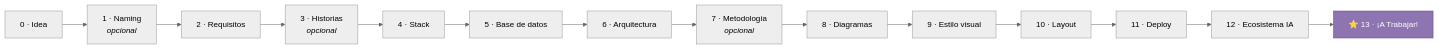
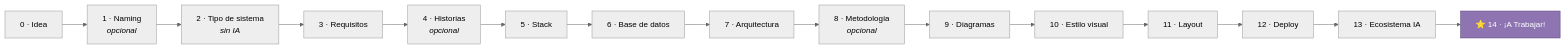
The diagram in README.md (Ju4mpizel/dev-idea), drawn with Mermaid (neutral theme) before and after one commit. The commit also changed other lines of this file and 25 other files, not shown here.

````diff
--- a/README.md
+++ b/README.md
@@ -62,18 +64,19 @@
 ```mermaid
 flowchart LR
     A["0 · Idea"] --> B["1 · Naming<br/><i>opcional</i>"]
-    B --> C["2 · Requisitos"]
-    C --> D["3 · Historias<br/><i>opcional</i>"]
-    D --> E["4 · Stack"]
-    E --> F["5 · Base de datos"]
-    F --> G["6 · Arquitectura"]
-    G --> H["7 · Metodología<br/><i>opcional</i>"]
-    H --> I["8 · Diagramas"]
-    I --> J["9 · Estilo visual"]
-    J --> K["10 · Layout"]
-    K --> L["11 · Deploy"]
-    L --> M["12 · Ecosistema IA"]
-    M --> N["⭐ 13 · ¡A Trabajar!"]
+    B --> S["2 · Tipo de sistema<br/><i>sin IA</i>"]
+    S --> C["3 · Requisitos"]
+    C --> D["4 · Historias<br/><i>opcional</i>"]
+    D --> E["5 · Stack"]
+    E --> F["6 · Base de datos"]
+    F --> G["7 · Arquitectura"]
+    G --> H["8 · Metodología<br/><i>opcional</i>"]
+    H --> I["9 · Diagramas"]
+    I --> J["10 · Estilo visual"]
+    J --> K["11 · Layout"]
+    K --> L["12 · Deploy"]
+    L --> M["13 · Ecosistema IA"]
+    M --> N["⭐ 14 · ¡A Trabajar!"]
 
     style N fill:#8E75B2,stroke:#5b4a7a,color:#fff
 ```
````
